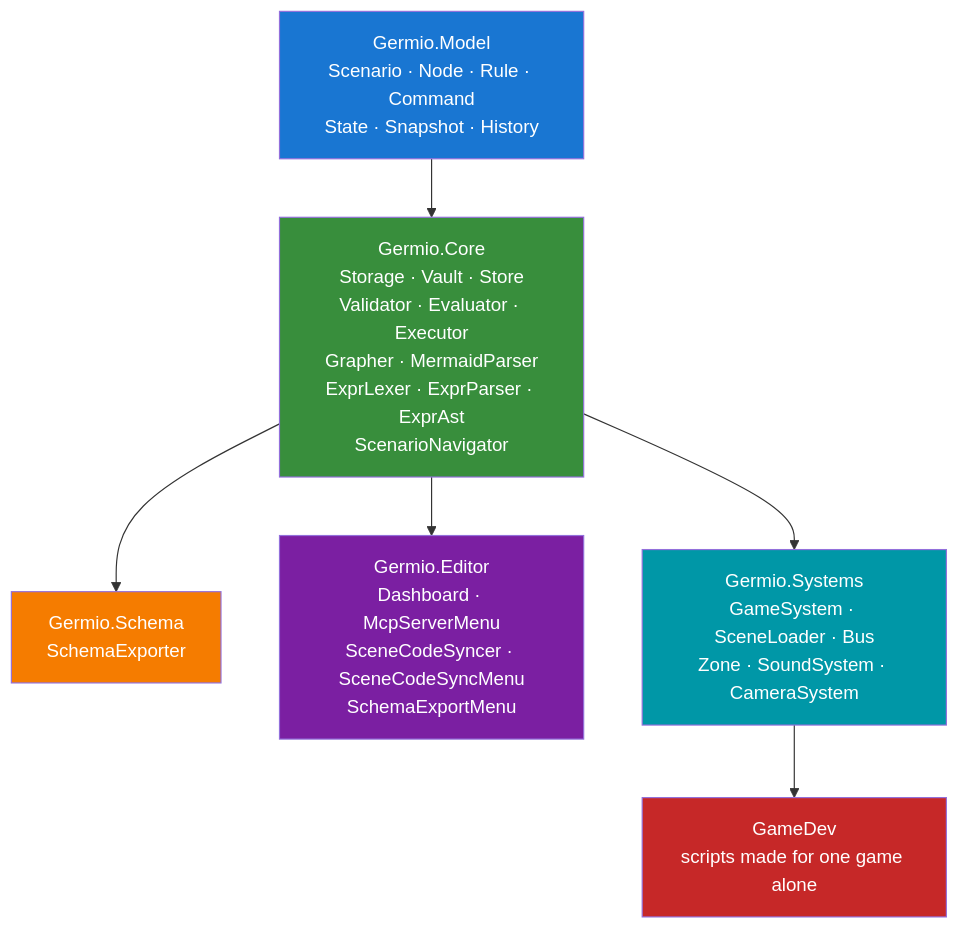
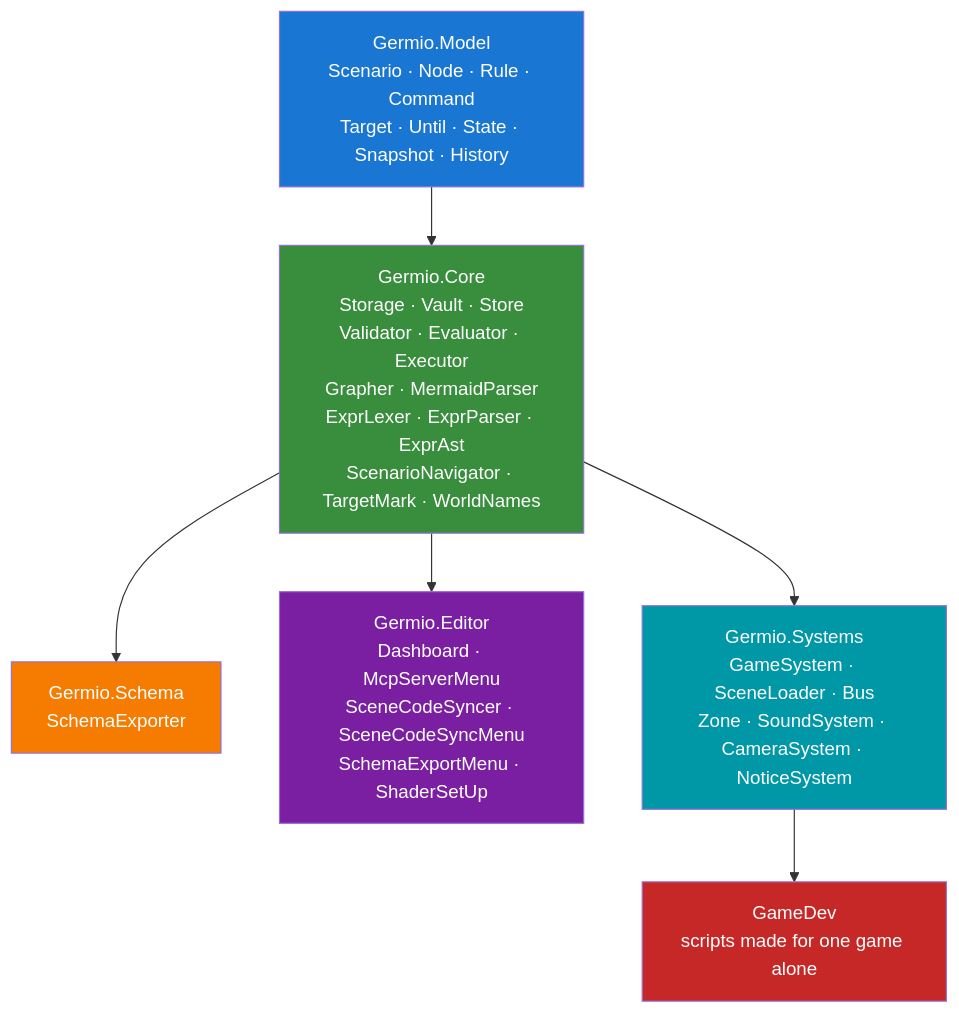
One commit to hiroxpepe/germio changed the seventh of 7 diagrams in README.md. Above: the diagram before and after it, drawn with Mermaid. The commit also changed other lines of this file and 5 other files, not shown here.

````diff
--- a/README.md
+++ b/README.md
@@ -231,22 +271,22 @@
 ```mermaid
 flowchart TB
-    MODEL[Germio.Model\nScenario · Node · Rule · Command\nState · Snapshot · History]
-    CORE[Germio.Core\nStorage · Vault · Store\nValidator · Evaluator · Executor\nGrapher · MermaidParser\nExprLexer · ExprParser · ExprAst\nScenarioNavigator]
+    MODEL[Germio.Model\nScenario · Node · Rule · Command\nTarget · Until · State · Snapshot · History]
+    CORE[Germio.Core\nStorage · Vault · Store\nValidator · Evaluator · Executor\nGrapher · MermaidParser\nExprLexer · ExprParser · ExprAst\nScenarioNavigator · TargetMark · WorldNames]
     SCHEMA[Germio.Schema\nSchemaExporter]
-    EDITOR[Germio.Editor\nDashboard · McpServerMenu\nSceneCodeSyncer · SceneCodeSyncMenu\nSchemaExportMenu]
-    SYSTEMS[Germio.Systems\nGameSystem · SceneLoader · Bus\nZone · SoundSystem · CameraSystem]
+    EDITOR[Germio.Editor\nDashboard · McpServerMenu\nSceneCodeSyncer · SceneCodeSyncMenu\nSchemaExportMenu · ShaderSetUp]
+    SYSTEMS[Germio.Systems\nGameSystem · SceneLoader · Bus\nZone · SoundSystem · CameraSystem · NoticeSystem]
     GAMEDEV[GameDev\nscripts made for one game alone]
 
     MODEL --> CORE
     CORE --> SCHEMA
     CORE --> EDITOR
     CORE --> SYSTEMS
     SYSTEMS --> GAMEDEV
 
     style MODEL  fill:#1976d2,color:#fff
     style CORE   fill:#388e3c,color:#fff
     style SCHEMA fill:#f57c00,color:#fff
     style EDITOR fill:#7b1fa2,color:#fff
     style SYSTEMS fill:#0097a7,color:#fff
     style GAMEDEV fill:#c62828,color:#fff
 ```
````
